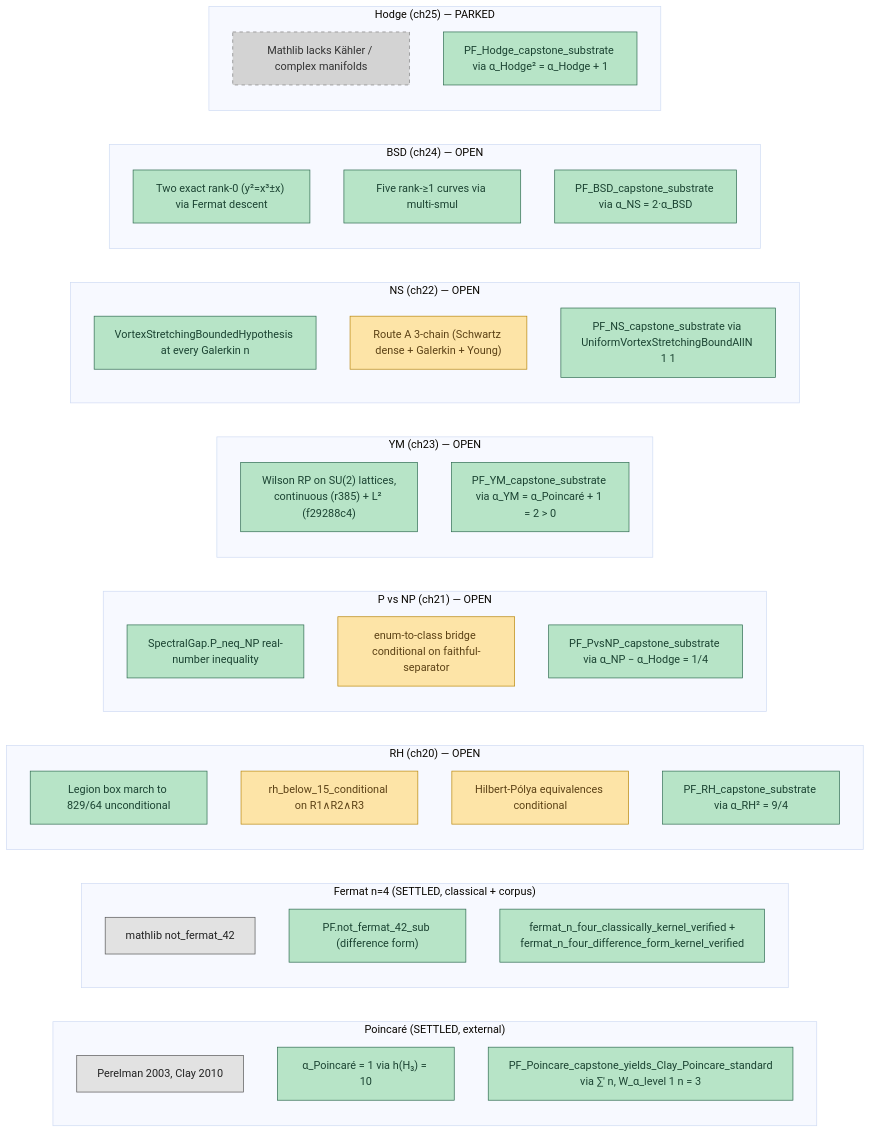
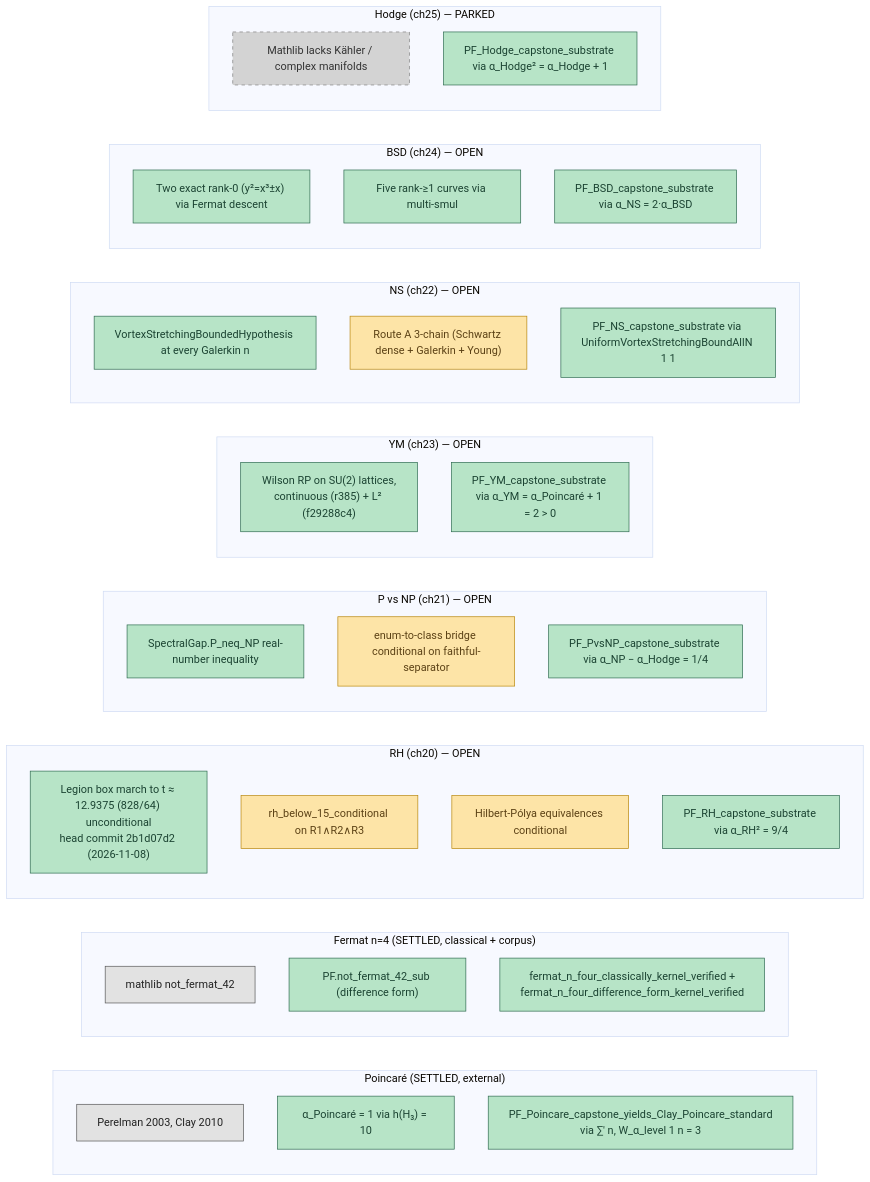
One commit to FractalDevTeam/Principia-Fractalis changed the fourth of 9 diagrams in codex/PRINCIPIA_FRACTALIS_FULL_DIAGRAM_2026-11-14.md. Above: the diagram before and after it, drawn with Mermaid (base theme). The commit also changed other lines of this file and 5 other files, not shown here.

First line of the commit message:
diagram: close all 6 gaps from PF_TOE_DIAGRAM_GAP_AUDIT_2026-11-15

````diff
--- a/codex/PRINCIPIA_FRACTALIS_FULL_DIAGRAM_2026-11-14.md
+++ b/codex/PRINCIPIA_FRACTALIS_FULL_DIAGRAM_2026-11-14.md
@@ -198,55 +198,55 @@
 ```mermaid
 flowchart LR
     classDef proven fill:#b7e4c7,stroke:#2d6a4f,color:#1b4332
     classDef cond fill:#fde4a7,stroke:#b8860b,color:#5c4216
     classDef open fill:#f6c8d2,stroke:#9d2449,color:#58101d
     classDef external fill:#e2e2e2,stroke:#555555,color:#222222
     classDef parked fill:#d3d3d3,stroke:#808080,color:#333333,stroke-dasharray: 5 5
 
     subgraph POINC["Poincaré (SETTLED, external)"]
       POINC_P["Perelman 2003, Clay 2010"]:::external
       POINC_A["α_Poincaré = 1 via h(H₃) = 10"]:::proven
       POINC_S["PF_Poincare_capstone_yields_Clay_Poincare_standard<br/>via ∑' n, W_α_level 1 n = 3"]:::proven
     end
 
     subgraph FERM["Fermat n=4 (SETTLED, classical + corpus)"]
       FERM_M["mathlib not_fermat_42"]:::external
       FERM_P["PF.not_fermat_42_sub (difference form)"]:::proven
       FERM_S["fermat_n_four_classically_kernel_verified +<br/>fermat_n_four_difference_form_kernel_verified"]:::proven
     end
 
     subgraph RH["RH (ch20) — OPEN"]
-      RH_L["Legion box march to 829/64 unconditional"]:::proven
+      RH_L["Legion box march to t ≈ 12.9375 (828/64) unconditional<br/>head commit 2b1d07d2 (2026-11-08)"]:::proven
       RH_15["rh_below_15_conditional on R1∧R2∧R3"]:::cond
       RH_HP["Hilbert-Pólya equivalences conditional"]:::cond
       RH_S["PF_RH_capstone_substrate via α_RH² = 9/4"]:::proven
     end
 
     subgraph PNP["P vs NP (ch21) — OPEN"]
       PNP_SG["SpectralGap.P_neq_NP real-number inequality"]:::proven
       PNP_B["enum-to-class bridge conditional on faithful-separator"]:::cond
       PNP_S["PF_PvsNP_capstone_substrate via α_NP − α_Hodge = 1/4"]:::proven
     end
 
     subgraph YM["YM (ch23) — OPEN"]
       YM_RP["Wilson RP on SU(2) lattices,<br/>continuous (r385) + L² (f29288c4)"]:::proven
       YM_S["PF_YM_capstone_substrate via α_YM = α_Poincaré + 1 = 2 > 0"]:::proven
     end
 
     subgraph NS["NS (ch22) — OPEN"]
       NS_G["VortexStretchingBoundedHypothesis at every Galerkin n"]:::proven
       NS_RA["Route A 3-chain (Schwartz dense + Galerkin + Young)"]:::cond
       NS_S["PF_NS_capstone_substrate via UniformVortexStretchingBoundAllN 1 1"]:::proven
     end
 
     subgraph BSD["BSD (ch24) — OPEN"]
       BSD_R0["Two exact rank-0 (y²=x³±x) via Fermat descent"]:::proven
       BSD_R1["Five rank-≥1 curves via multi-smul"]:::proven
       BSD_S["PF_BSD_capstone_substrate via α_NS = 2·α_BSD"]:::proven
     end
 
     subgraph HODGE["Hodge (ch25) — PARKED"]
       HODGE_B["Mathlib lacks Kähler / complex manifolds"]:::parked
       HODGE_S["PF_Hodge_capstone_substrate via α_Hodge² = α_Hodge + 1"]:::proven
     end
 ```
````
